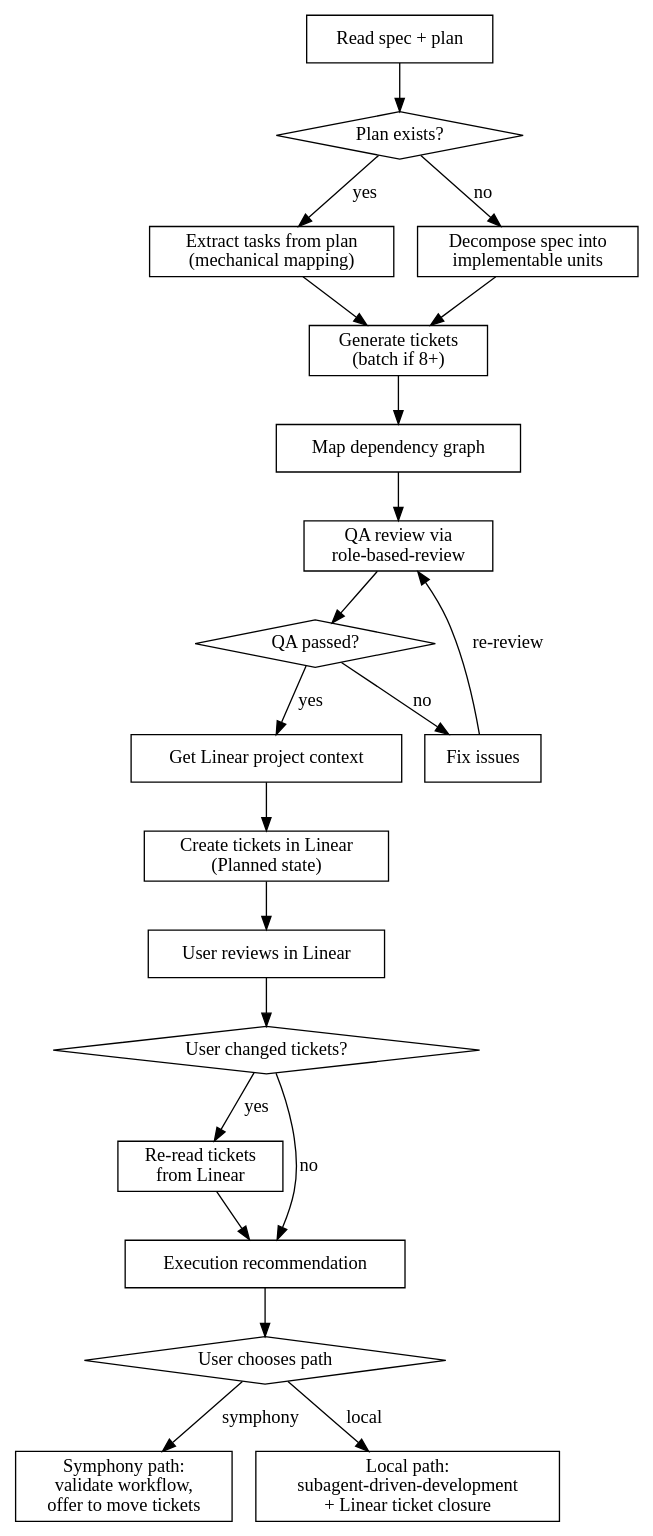
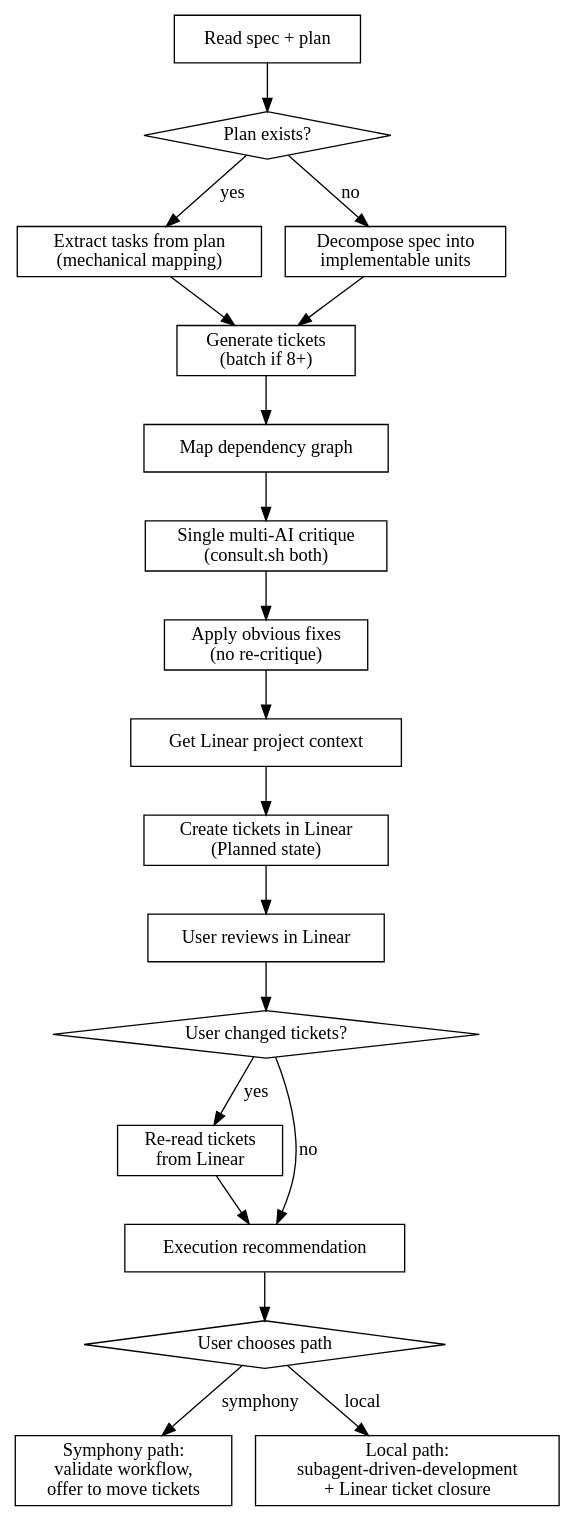
One commit to DejaVu-Cyber/superpowers-consulted changed the diagram in skills/decompose-to-tickets/SKILL.md. Above: the diagram before and after it, drawn with Graphviz. The commit also changed other lines of this file, not shown here.

First line of the commit message:
refactor: simplify decompose-to-tickets QA to single critique round

````diff
--- a/skills/decompose-to-tickets/SKILL.md
+++ b/skills/decompose-to-tickets/SKILL.md
@@ -23,45 +23,42 @@
 ```dot
 digraph decompose {
     rankdir=TB;
 
     "Read spec + plan" [shape=box];
     "Plan exists?" [shape=diamond];
     "Extract tasks from plan\n(mechanical mapping)" [shape=box];
     "Decompose spec into\nimplementable units" [shape=box];
     "Generate tickets\n(batch if 8+)" [shape=box];
     "Map dependency graph" [shape=box];
-    "QA review via\nrole-based-review" [shape=box];
-    "QA passed?" [shape=diamond];
-    "Fix issues" [shape=box];
+    "Single multi-AI critique\n(consult.sh both)" [shape=box];
+    "Apply obvious fixes\n(no re-critique)" [shape=box];
     "Get Linear project context" [shape=box];
     "Create tickets in Linear\n(Planned state)" [shape=box];
     "User reviews in Linear" [shape=box];
     "User changed tickets?" [shape=diamond];
     "Re-read tickets\nfrom Linear" [shape=box];
     "Execution recommendation" [shape=box];
     "User chooses path" [shape=diamond];
     "Symphony path:\nvalidate workflow,\noffer to move tickets" [shape=box];
     "Local path:\nsubagent-driven-development\n+ Linear ticket closure" [shape=box];
 
     "Read spec + plan" -> "Plan exists?";
     "Plan exists?" -> "Extract tasks from plan\n(mechanical mapping)" [label="yes"];
     "Plan exists?" -> "Decompose spec into\nimplementable units" [label="no"];
     "Extract tasks from plan\n(mechanical mapping)" -> "Generate tickets\n(batch if 8+)";
     "Decompose spec into\nimplementable units" -> "Generate tickets\n(batch if 8+)";
     "Generate tickets\n(batch if 8+)" -> "Map dependency graph";
-    "Map dependency graph" -> "QA review via\nrole-based-review";
-    "QA review via\nrole-based-review" -> "QA passed?";
-    "QA passed?" -> "Fix issues" [label="no"];
-    "Fix issues" -> "QA review via\nrole-based-review" [label="re-review"];
-    "QA passed?" -> "Get Linear project context" [label="yes"];
+    "Map dependency graph" -> "Single multi-AI critique\n(consult.sh both)";
+    "Single multi-AI critique\n(consult.sh both)" -> "Apply obvious fixes\n(no re-critique)";
+    "Apply obvious fixes\n(no re-critique)" -> "Get Linear project context";
     "Get Linear project context" -> "Create tickets in Linear\n(Planned state)";
     "Create tickets in Linear\n(Planned state)" -> "User reviews in Linear";
     "User reviews in Linear" -> "User changed tickets?";
     "User changed tickets?" -> "Re-read tickets\nfrom Linear" [label="yes"];
     "User changed tickets?" -> "Execution recommendation" [label="no"];
     "Re-read tickets\nfrom Linear" -> "Execution recommendation";
     "Execution recommendation" -> "User chooses path";
     "User chooses path" -> "Symphony path:\nvalidate workflow,\noffer to move tickets" [label="symphony"];
     "User chooses path" -> "Local path:\nsubagent-driven-development\n+ Linear ticket closure" [label="local"];
 }
 ```
````
